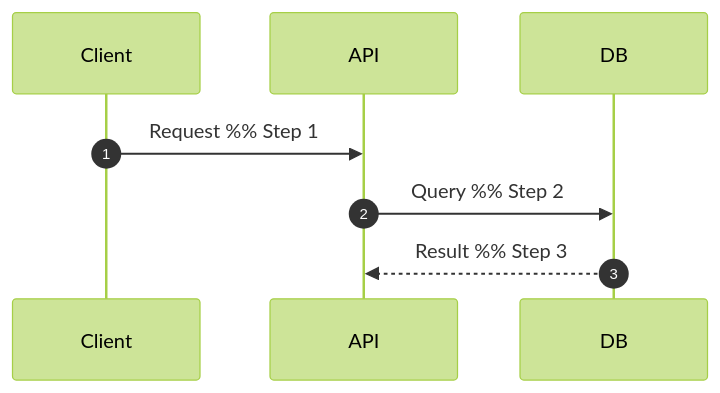
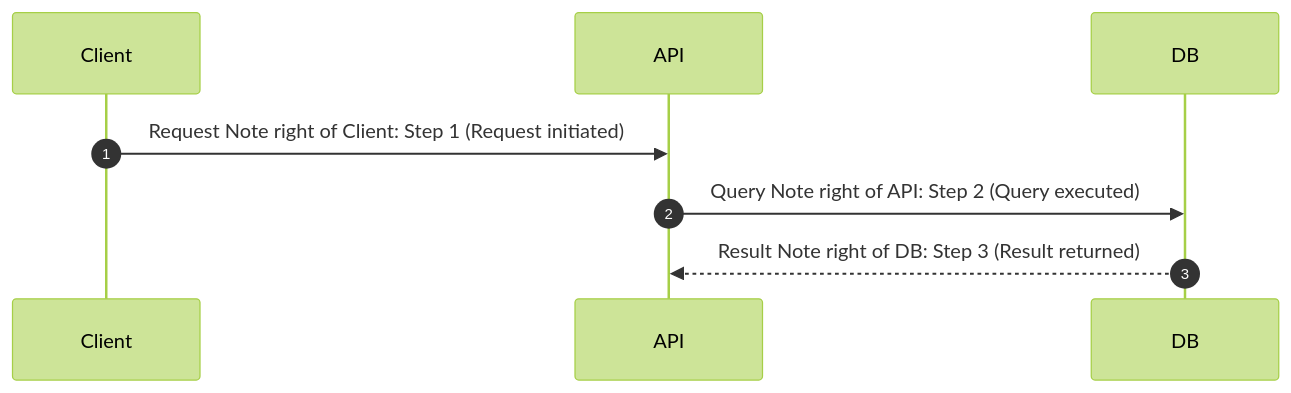
One commit to mgranberry/mermaid-diagram-skill changed the fifth of 5 diagrams in references/types/sequence.md. Above: the diagram before and after it, drawn with Mermaid (forest theme). The commit also changed other lines of this file and 12 other files, not shown here.

````diff
--- a/references/types/sequence.md
+++ b/references/types/sequence.md
@@ -96,7 +131,7 @@
 ```mermaid
 sequenceDiagram
     autonumber
-    Client->>API: Request    %% Step 1
-    API->>DB: Query          %% Step 2
-    DB-->>API: Result        %% Step 3
+    Client->>API: Request    Note right of Client: Step 1 (Request initiated)
+    API->>DB: Query          Note right of API: Step 2 (Query executed)
+    DB-->>API: Result        Note right of DB: Step 3 (Result returned)
 ```
````
